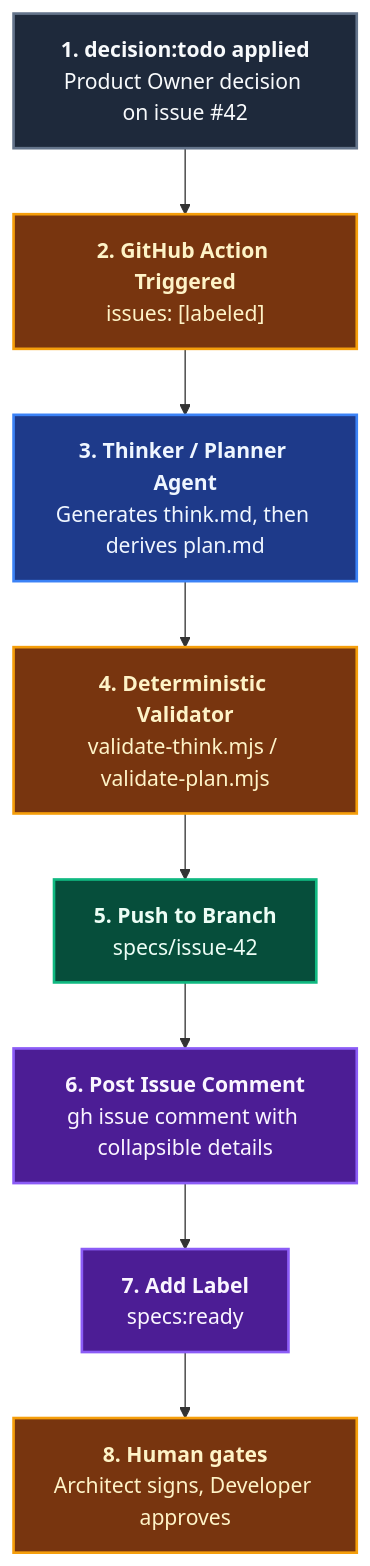
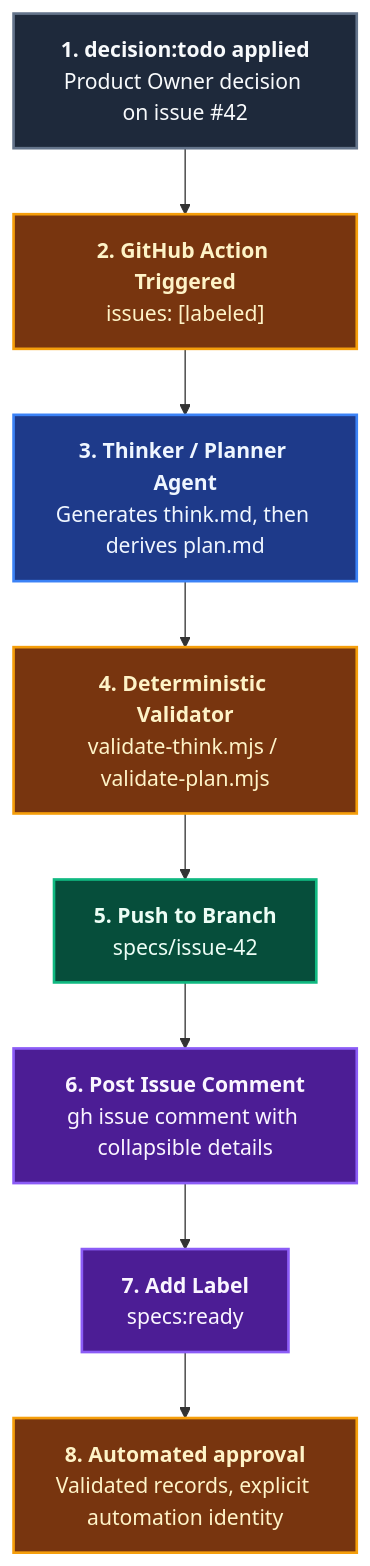
Before and after one commit to ALTEN-group/coding-pal: the second of 2 diagrams in website/docs/guide/domain-think-plan.md, drawn with Mermaid. The commit also changed other lines of this file and 45 other files, not shown here.

````diff
--- a/website/docs/guide/domain-think-plan.md
+++ b/website/docs/guide/domain-think-plan.md
@@ -172,25 +172,25 @@
 ```mermaid
 ---
 caption: GitHub Actions Issue-to-Specification Workflow
 ---
 flowchart TD
     ISSUE["<b>1. decision:todo applied</b><br/>Product Owner decision on issue #42"] --> ACT["<b>2. GitHub Action Triggered</b><br/>issues: [labeled]"]
     ACT --> AG["<b>3. Thinker / Planner Agent</b><br/>Generates think.md, then derives plan.md"]
     AG --> VAL["<b>4. Deterministic Validator</b><br/>validate-think.mjs / validate-plan.mjs"]
     VAL --> BR["<b>5. Push to Branch</b><br/>specs/issue-42"]
     BR --> COM["<b>6. Post Issue Comment</b><br/>gh issue comment with collapsible details"]
     COM --> LBL["<b>7. Add Label</b><br/>specs:ready"]
-    LBL --> HUM["<b>8. Human gates</b><br/>Architect signs, Developer approves"]
+    LBL --> HUM["<b>8. Automated approval</b><br/>Validated records, explicit automation identity"]
 
     classDef input fill:#1e293b,stroke:#64748b,stroke-width:2px,color:#f8fafc;
     classDef runner fill:#78350f,stroke:#f59e0b,stroke-width:2px,color:#fef3c7;
     classDef agent fill:#1e3a8a,stroke:#3b82f6,stroke-width:2px,color:#eff6ff;
     classDef git fill:#064e3b,stroke:#10b981,stroke-width:2px,color:#ecfdf5;
     classDef notify fill:#4c1d95,stroke:#8b5cf6,stroke-width:2px,color:#faf5ff;
 
     class ISSUE input;
     class ACT,VAL,HUM runner;
     class AG agent;
     class BR git;
     class COM,LBL notify;
 ```
````
